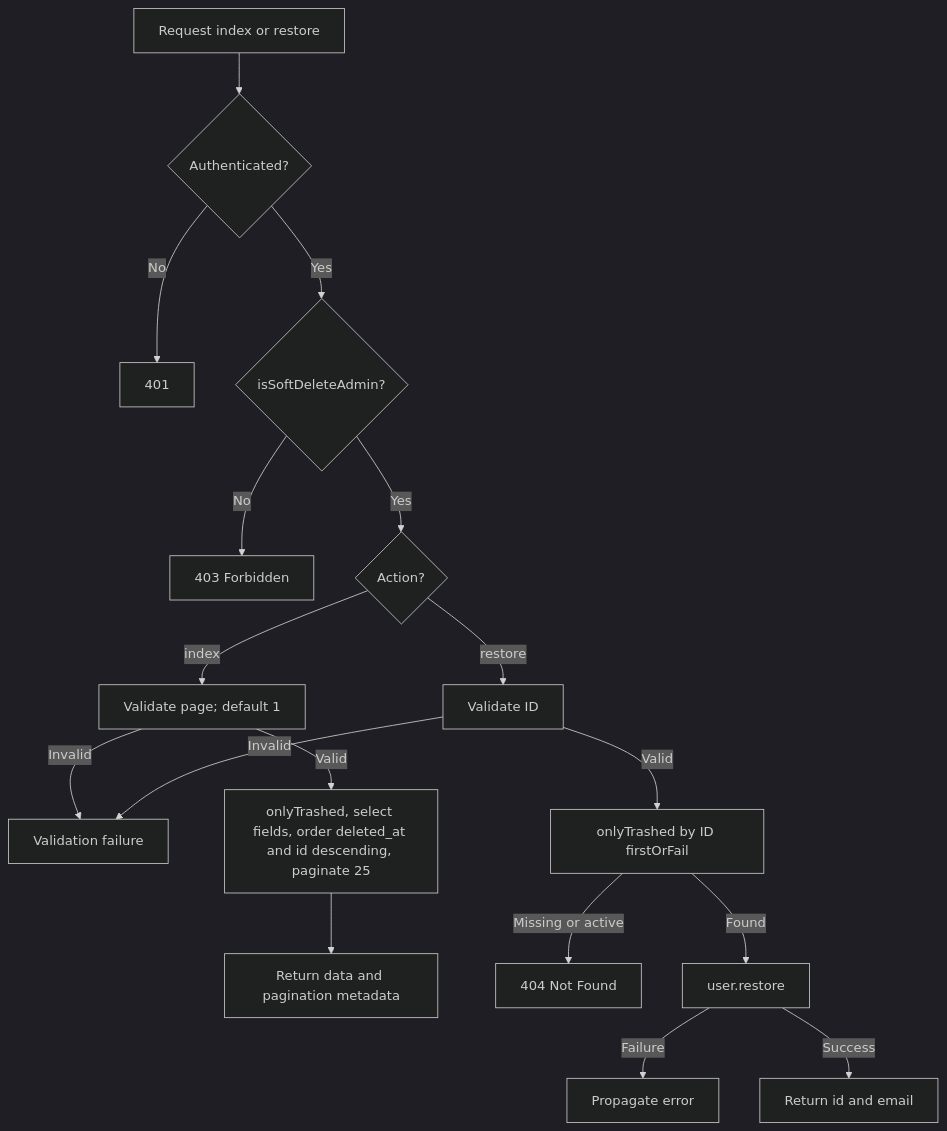
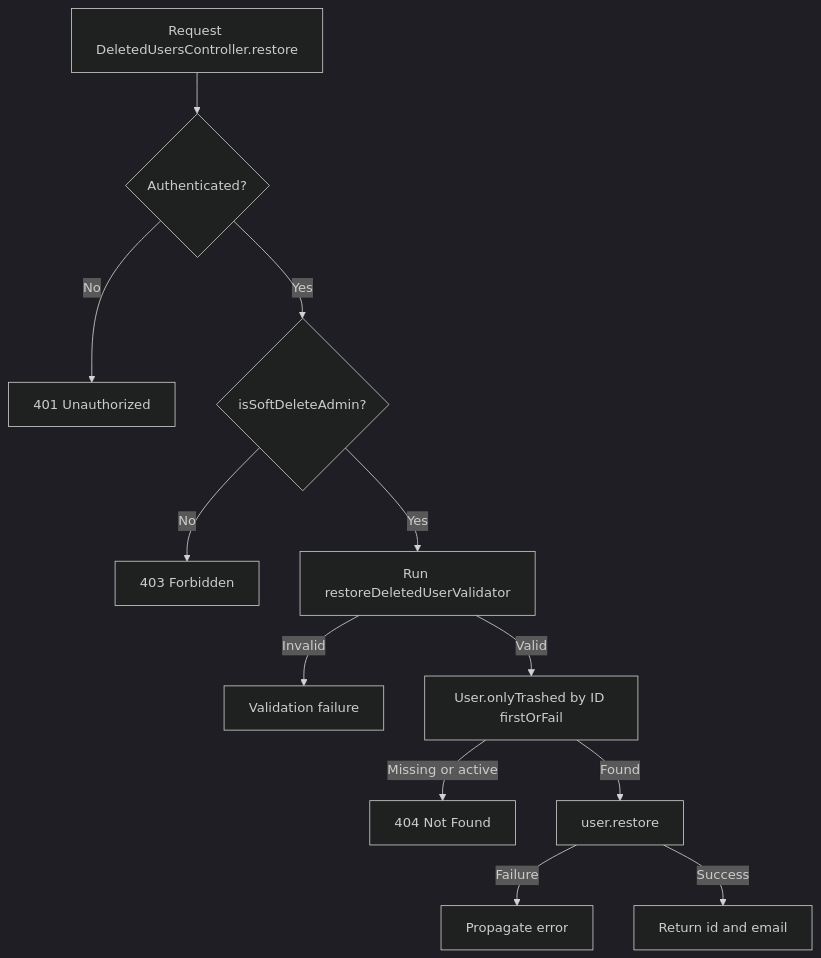
The second of 2 diagrams in user-stories/example-apps/us-demo-02-api-admin-restore.md (Kevinjohn/oss-adonisjs-lucid-soft-delete), drawn with Mermaid (dark theme) before and after one commit. The commit also changed other lines of this file and 18 other files, not shown here.

````diff
--- a/user-stories/example-apps/us-demo-02-api-admin-restore.md
+++ b/user-stories/example-apps/us-demo-02-api-admin-restore.md
@@ -44,19 +35,14 @@
 ```mermaid
 flowchart TD
-    A["Request index or restore"] --> B{"Authenticated?"}
-    B -->|No| C["401"]
+    A["Request DeletedUsersController.restore"] --> B{"Authenticated?"}
+    B -->|No| C["401 Unauthorized"]
     B -->|Yes| D{"isSoftDeleteAdmin?"}
     D -->|No| E["403 Forbidden"]
-    D -->|Yes| F{"Action?"}
-    F -->|index| L["Validate page; default 1"]
-    F -->|restore| R["Validate ID"]
-    L -->|Invalid| V["Validation failure"]
-    L -->|Valid| P["onlyTrashed, select fields, order deleted_at and id descending, paginate 25"]
-    R -->|Invalid| V
-    R -->|Valid| Q["onlyTrashed by ID firstOrFail"]
-    P --> W["Return data and pagination metadata"]
+    D -->|Yes| R["Run restoreDeletedUserValidator"]
+    R -->|Invalid| V["Validation failure"]
+    R -->|Valid| Q["User.onlyTrashed by ID firstOrFail"]
     Q -->|Missing or active| N["404 Not Found"]
     Q -->|Found| T["user.restore"]
     T -->|Failure| X["Propagate error"]
     T -->|Success| Z["Return id and email"]
 ```
````
